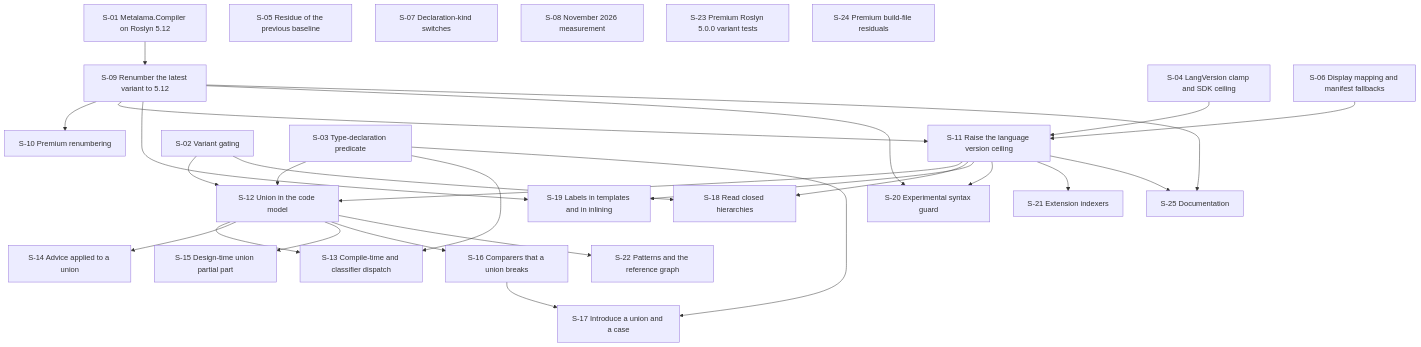
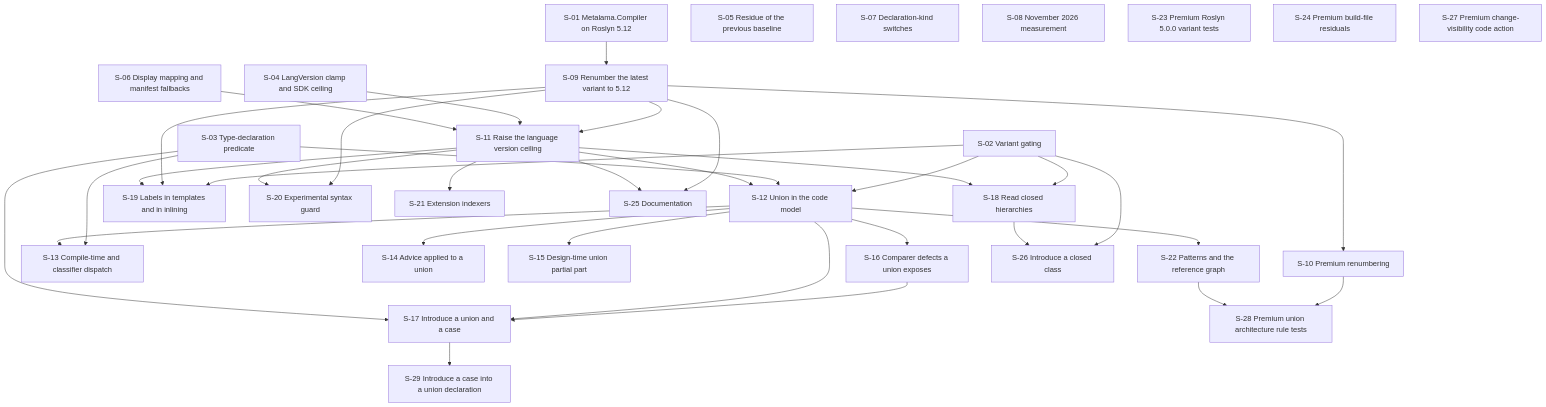
The diagram in Metalama.Framework/docs/2027.0/user-stories.md (metalama/Metalama), drawn with Mermaid before and after one commit. The commit also changed other lines of this file, not shown here.

````diff
--- a/Metalama.Framework/docs/2027.0/user-stories.md
+++ b/Metalama.Framework/docs/2027.0/user-stories.md
@@ -281,33 +295,41 @@
 ```mermaid
 graph TD
   S01["S-01 Metalama.Compiler on Roslyn 5.12"] --> S09["S-09 Renumber the latest variant to 5.12"]
   S09 --> S10["S-10 Premium renumbering"]
   S09 --> S11["S-11 Raise the language version ceiling"]
   S04["S-04 LangVersion clamp and SDK ceiling"] --> S11
   S06["S-06 Display mapping and manifest fallbacks"] --> S11
   S02["S-02 Variant gating"] --> S12["S-12 Union in the code model"]
   S03["S-03 Type-declaration predicate"] --> S12
   S11 --> S12
   S03 --> S13["S-13 Compile-time and classifier dispatch"]
   S12 --> S13
   S12 --> S14["S-14 Advice applied to a union"]
   S12 --> S15["S-15 Design-time union partial part"]
-  S12 --> S16["S-16 Comparers that a union breaks"]
+  S12 --> S16["S-16 Comparer defects a union exposes"]
   S12 --> S22["S-22 Patterns and the reference graph"]
   S16 --> S17["S-17 Introduce a union and a case"]
+  S12 --> S17
   S03 --> S17
+  S17 --> S29["S-29 Introduce a case into a union declaration"]
   S02 --> S18["S-18 Read closed hierarchies"]
   S11 --> S18
-  S09 --> S19["S-19 Labels in templates and in inlining"]
+  S02 --> S26["S-26 Introduce a closed class"]
+  S18 --> S26
+  S02 --> S19["S-19 Labels in templates and in inlining"]
+  S09 --> S19
   S11 --> S19
   S09 --> S20["S-20 Experimental syntax guard"]
   S11 --> S20
   S11 --> S21["S-21 Extension indexers"]
+  S10 --> S28["S-28 Premium union architecture rule tests"]
+  S22 --> S28
   S09 --> S25["S-25 Documentation"]
   S11 --> S25
   S05["S-05 Residue of the previous baseline"]
   S07["S-07 Declaration-kind switches"]
   S08["S-08 November 2026 measurement"]
   S23["S-23 Premium Roslyn 5.0.0 variant tests"]
   S24["S-24 Premium build-file residuals"]
+  S27["S-27 Premium change-visibility code action"]
 ```
````
